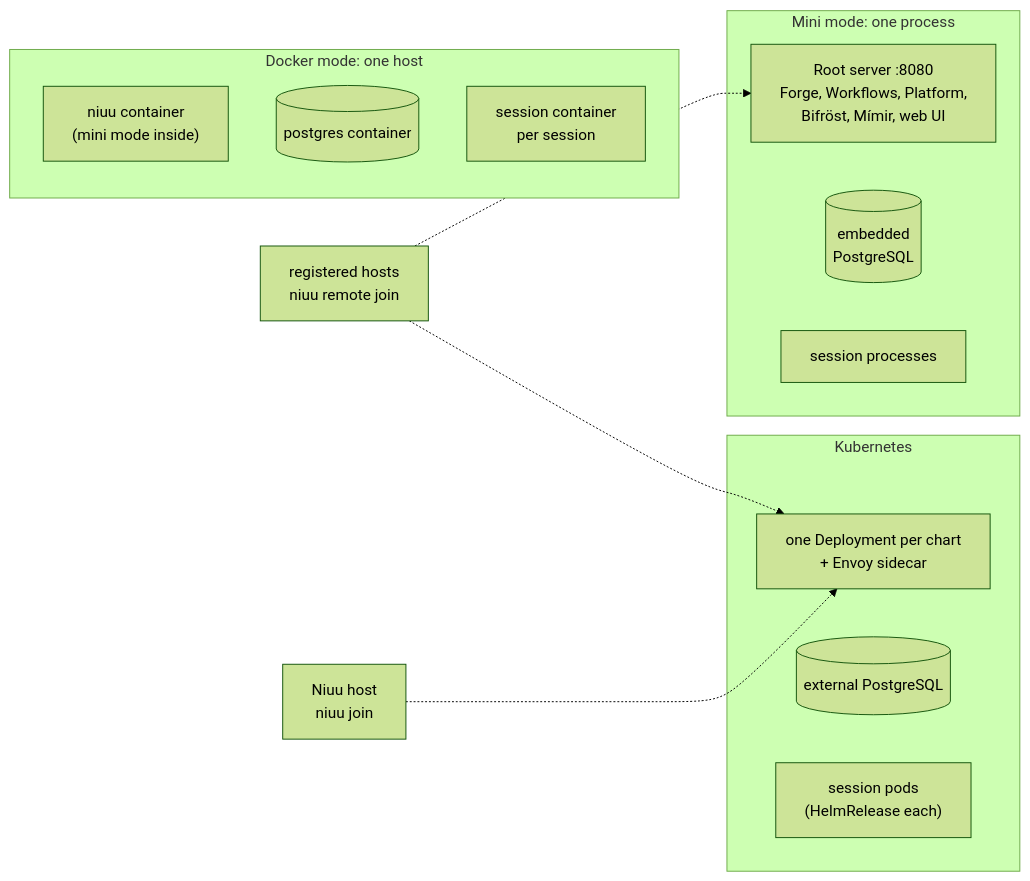
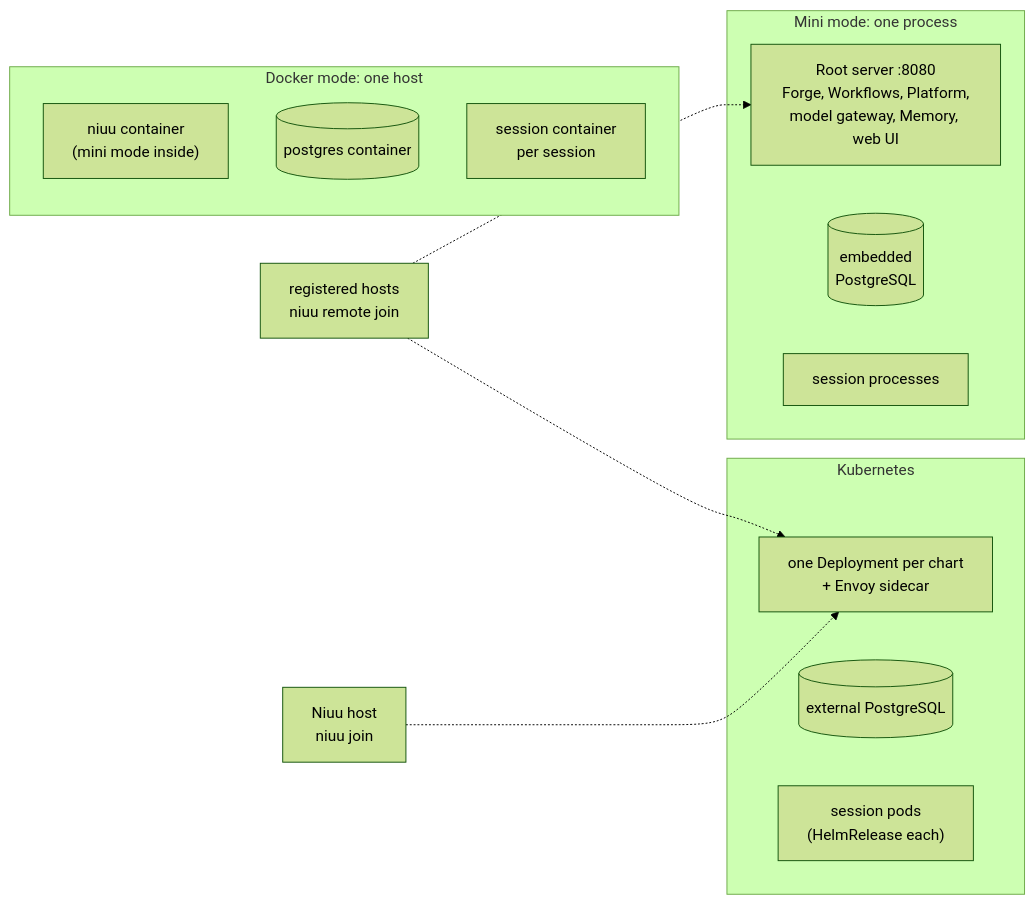
One commit to niuulabs/niuu changed the diagram in docs/site/architecture/deployment/index.md. Above: the diagram before and after it, drawn with Mermaid (forest theme). The commit also changed other lines of this file and 65 other files, not shown here.

````diff
--- a/docs/site/architecture/deployment/index.md
+++ b/docs/site/architecture/deployment/index.md
@@ -25,21 +25,21 @@
 ```mermaid
 flowchart LR
   subgraph mini["Mini mode: one process"]
-    RS["Root server :8080<br/>Forge, Workflows, Platform,<br/>Bifröst, Mímir, web UI"]
+    RS["Root server :8080<br/>Forge, Workflows, Platform,<br/>model gateway, Memory, web UI"]
     PG[("embedded<br/>PostgreSQL")]
     S1["session processes"]
   end
   subgraph docker["Docker mode: one host"]
     NC["niuu container<br/>(mini mode inside)"]
     PGC[("postgres container")]
     S2["session container<br/>per session"]
   end
   subgraph k8s["Kubernetes"]
     CH["one Deployment per chart<br/>+ Envoy sidecar"]
     DB[("external PostgreSQL")]
     S3["session pods<br/>(HelmRelease each)"]
   end
   H["registered hosts<br/>niuu remote join"] -.-> RS
   H -.-> CH
   N["Niuu host<br/>niuu join"] -.-> CH
 ```
````
